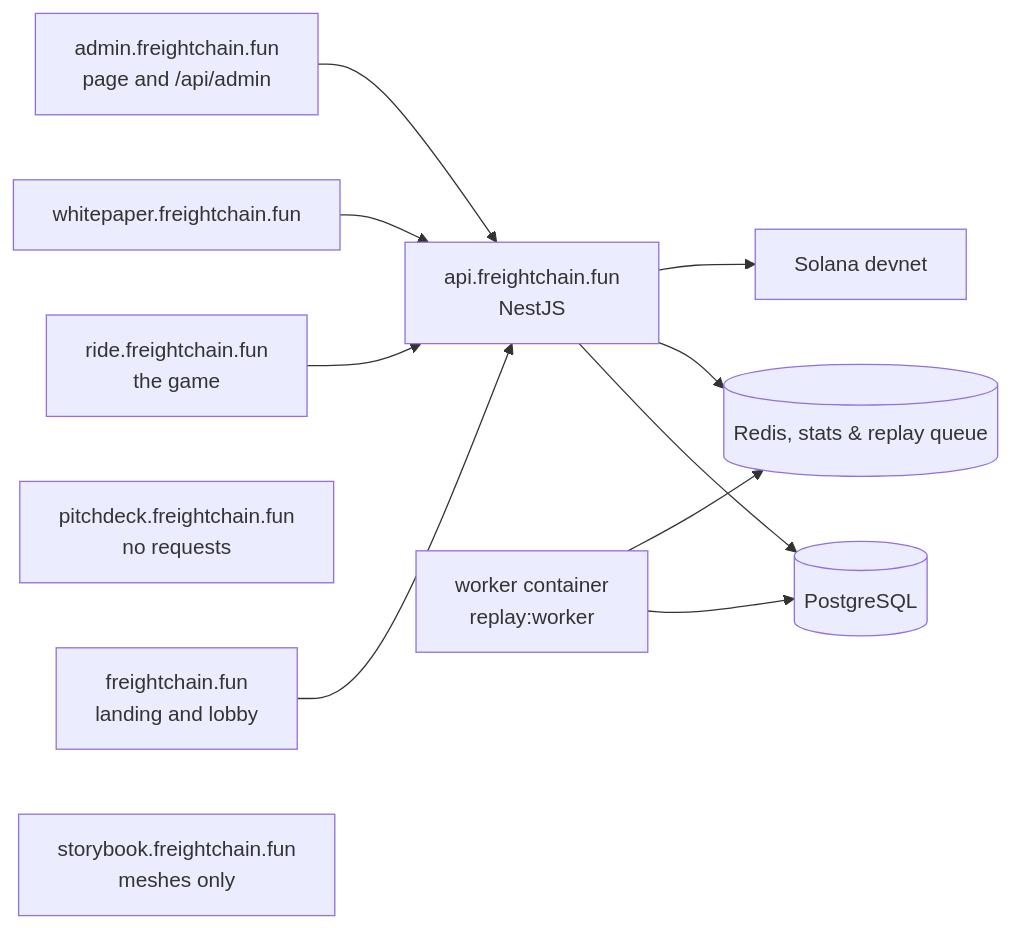
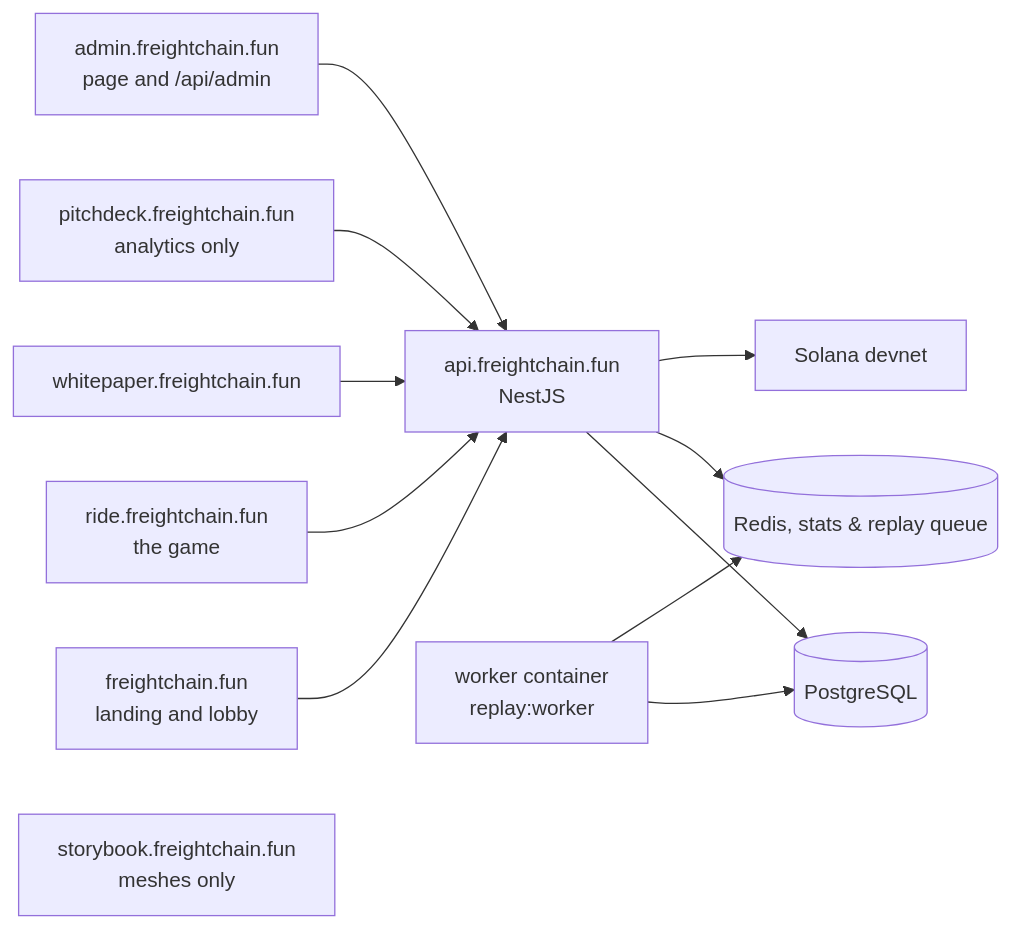
The fourth of 7 diagrams in README.md (recferret-bit/freightchain), drawn with Mermaid before and after one commit. The commit also changed other lines of this file and 21 other files, not shown here.

First line of the commit message:
Pitch deck analytics (PostHog funnel 11) + its own web manifest

````diff
--- a/README.md
+++ b/README.md
@@ -418,14 +418,14 @@
 ```mermaid
 flowchart LR
   landing["freightchain.fun<br/>landing and lobby"] --> api["api.freightchain.fun<br/>NestJS"]
   ride["ride.freightchain.fun<br/>the game"] --> api
   paper["whitepaper.freightchain.fun"] --> api
-  deck["pitchdeck.freightchain.fun<br/>no requests"]
+  deck["pitchdeck.freightchain.fun<br/>analytics only"] --> api
   admin["admin.freightchain.fun<br/>page and /api/admin"] --> api
   story["storybook.freightchain.fun<br/>meshes only"]
   api --> pg[(PostgreSQL)]
   api --> redis[(Redis, stats & replay queue)]
   worker["worker container<br/>replay:worker"] --> pg
   worker --> redis
   api --> chain["Solana devnet"]
 ```
````
